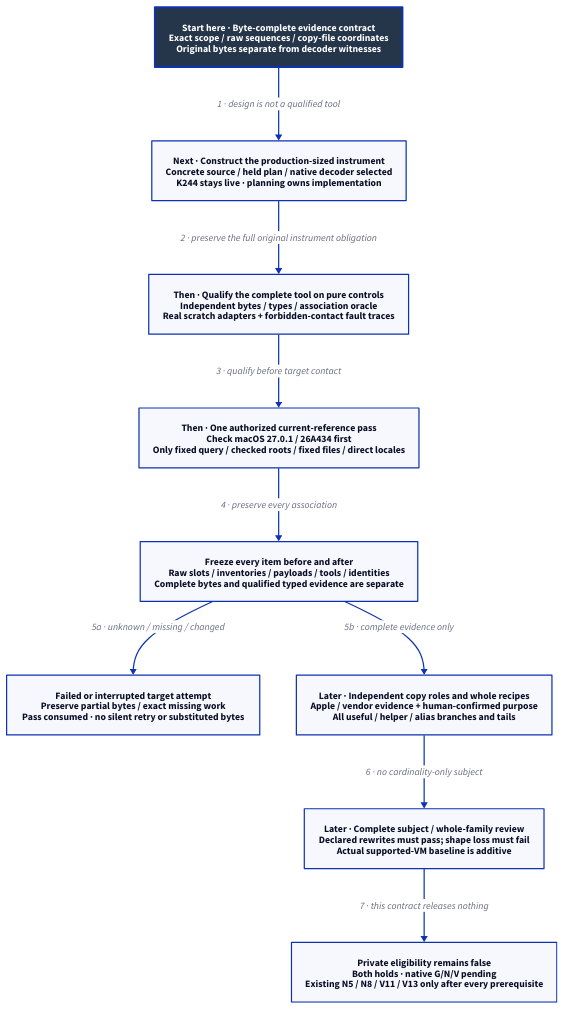
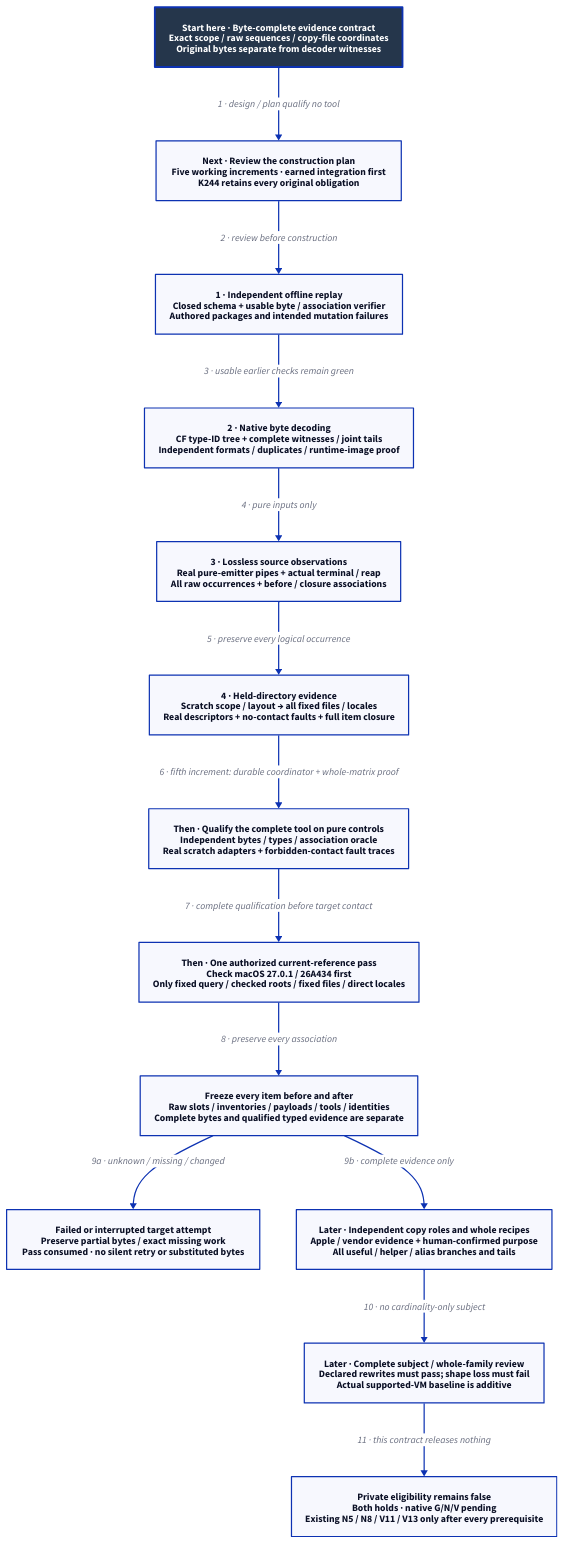
The diagram in docs/design/architecture/native-reference-evidence.d2 (Linkuistics/Koine), drawn with D2 before and after one commit. The commit also changed 27 other files, not shown here.

Commit message:
Plan five qualified reference-evidence increments (reference-evidence-instrument-k249)

```diff
--- a/docs/design/architecture/native-reference-evidence.d2
+++ b/docs/design/architecture/native-reference-evidence.d2
@@ -1,22 +1,30 @@
-# Concrete instrument design; construction/qualification and the target pass remain unexecuted.
+# Five planned working increments; construction/qualification and target pass remain unexecuted.
 direction: down
 classes: {
   start: {style: {fill: "#25364B"; font-color: "#FFFFFF"; bold: true; stroke-width: 3}}
 }
 Start: "Start here · Byte-complete evidence contract\nExact scope / raw sequences / copy-file coordinates\nOriginal bytes separate from decoder witnesses" {class: start}
-Plan: "Next · Construct the production-sized instrument\nConcrete source / held plan / native decoder selected\nK244 stays live · planning owns implementation"
+Plan: "Next · Review the construction plan\nFive working increments · earned integration first\nK244 retains every original obligation"
+Replay: "1 · Independent offline replay\nClosed schema + usable byte / association verifier\nAuthored packages and intended mutation failures"
+Decode: "2 · Native byte decoding\nCF type-ID tree + complete witnesses / joint tails\nIndependent formats / duplicates / runtime-image proof"
+Source: "3 · Lossless source observations\nReal pure-emitter pipes + actual terminal / reap\nAll raw occurrences + before / closure associations"
+Acquire: "4 · Held-directory evidence\nScratch scope / layout → all fixed files / locales\nReal descriptors + no-contact faults + full item closure"
 Pure: "Then · Qualify the complete tool on pure controls\nIndependent bytes / types / association oracle\nReal scratch adapters + forbidden-contact fault traces"
 Pass: "Then · One authorized current-reference pass\nCheck macOS 27.0.1 / 26A434 first\nOnly fixed query / checked roots / fixed files / direct locales"
 Closure: "Freeze every item before and after\nRaw slots / inventories / payloads / tools / identities\nComplete bytes and qualified typed evidence are separate"
 Failed: "Failed or interrupted target attempt\nPreserve partial bytes / exact missing work\nPass consumed · no silent retry or substituted bytes"
 Roles: "Later · Independent copy roles and whole recipes\nApple / vendor evidence + human-confirmed purpose\nAll useful / helper / alias branches and tails"
 Review: "Later · Complete subject / whole-family review\nDeclared rewrites must pass; shape loss must fail\nActual supported-VM baseline is additive"
 Hold: "Private eligibility remains false\nBoth holds · native G/N/V pending\nExisting N5 / N8 / V11 / V13 only after every prerequisite"
-Start -> Plan: "1 · design is not a qualified tool"
-Plan -> Pure: "2 · preserve the full original instrument obligation"
-Pure -> Pass: "3 · qualify before target contact"
-Pass -> Closure: "4 · preserve every association"
-Closure -> Failed: "5a · unknown / missing / changed"
-Closure -> Roles: "5b · complete evidence only"
-Roles -> Review: "6 · no cardinality-only subject"
-Review -> Hold: "7 · this contract releases nothing"
+Start -> Plan: "1 · design / plan qualify no tool"
+Plan -> Replay: "2 · review before construction"
+Replay -> Decode: "3 · usable earlier checks remain green"
+Decode -> Source: "4 · pure inputs only"
+Source -> Acquire: "5 · preserve every logical occurrence"
+Acquire -> Pure: "6 · fifth increment: durable coordinator + whole-matrix proof"
+Pure -> Pass: "7 · complete qualification before target contact"
+Pass -> Closure: "8 · preserve every association"
+Closure -> Failed: "9a · unknown / missing / changed"
+Closure -> Roles: "9b · complete evidence only"
+Roles -> Review: "10 · no cardinality-only subject"
+Review -> Hold: "11 · this contract releases nothing"
```
